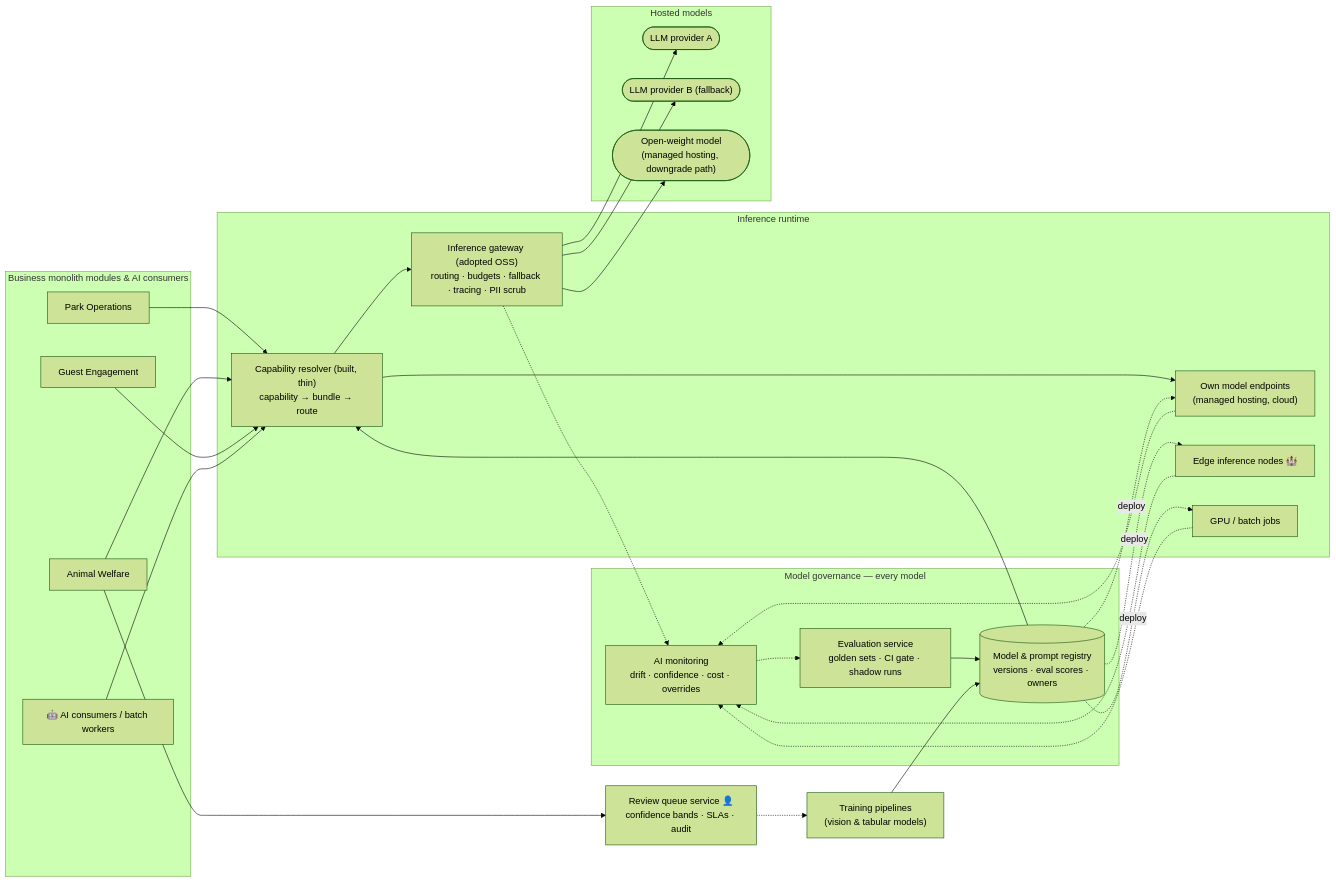
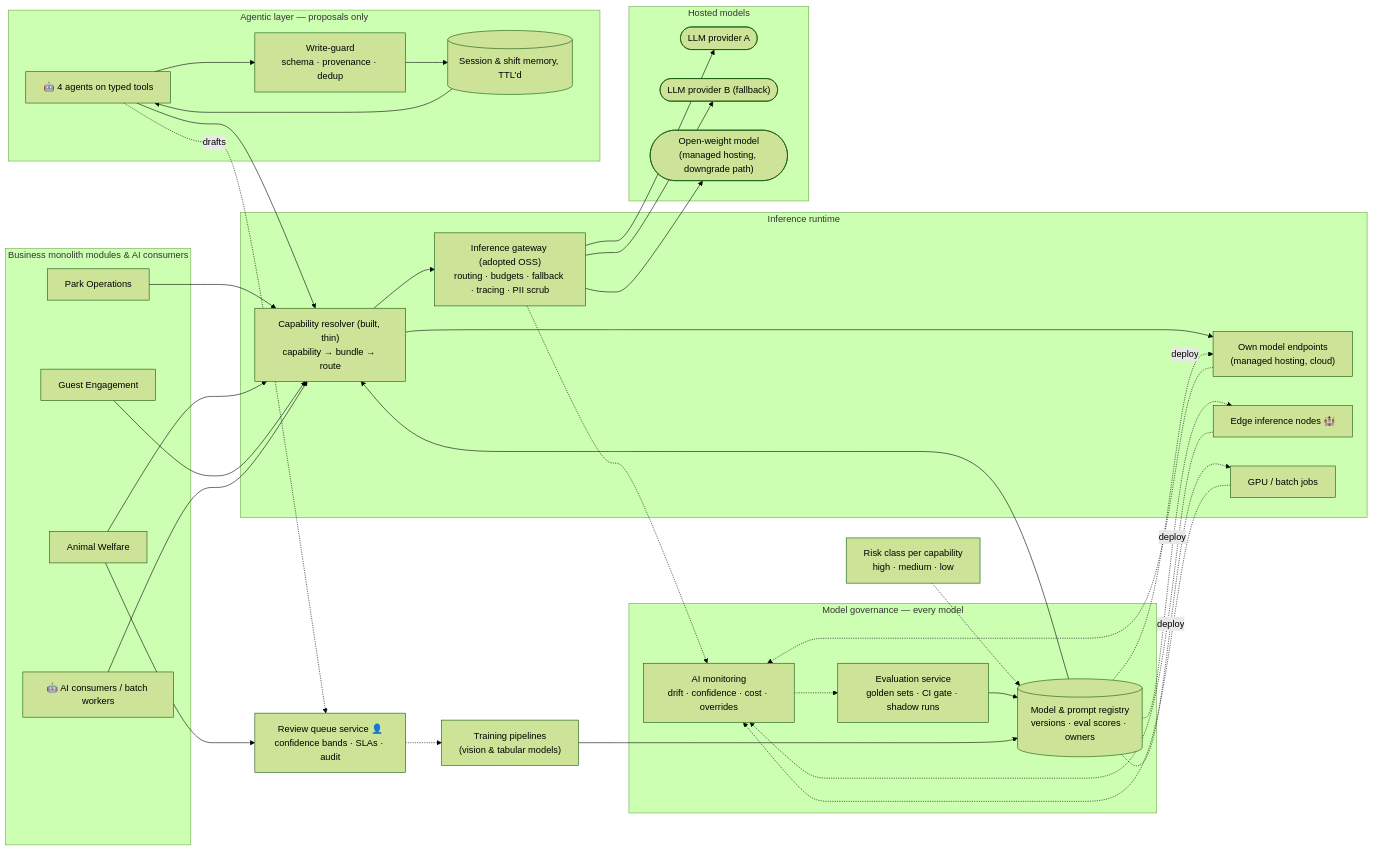
Before and after one commit to kr0k/katas: the diagram in hld/ai-platform/README.md, drawn with Mermaid (forest theme). The commit also changed other lines of this file and 41 other files, not shown here.

````diff
--- a/hld/ai-platform/README.md
+++ b/hld/ai-platform/README.md
@@ -9,51 +14,63 @@
 ```mermaid
 flowchart LR
     subgraph Services["Business monolith modules & AI consumers"]
         Ops["Park Operations"]
         Welfare["Animal Welfare"]
         Guest["Guest Engagement"]
         Cons["🤖 AI consumers / batch workers"]
     end
 
     subgraph Gov["Model governance — every model"]
         Reg[("Model & prompt registry<br/>versions · eval scores · owners")]
         Eval["Evaluation service<br/>golden sets · CI gate · shadow runs"]
         Mon["AI monitoring<br/>drift · confidence · cost · overrides"]
     end
 
     subgraph Runtime["Inference runtime"]
         Res["Capability resolver (built, thin)<br/>capability → bundle → route"]
         GW["Inference gateway (adopted OSS)<br/>routing · budgets · fallback · tracing · PII scrub"]
         Own["Own model endpoints<br/>(managed hosting, cloud)"]
         Edge["Edge inference nodes 🏰"]
         Batch["GPU / batch jobs"]
     end
 
     subgraph Providers["Hosted models"]
         P1(["LLM provider A"])
         P2(["LLM provider B (fallback)"])
         OW(["Open-weight model<br/>(managed hosting, downgrade path)"])
     end
 
+    subgraph Agentic["Agentic layer — proposals only"]
+        Ag["🤖 4 agents on typed tools"]
+        Guard["Write-guard<br/>schema · provenance · dedup"]
+        Mem[("Session & shift memory, TTL'd")]
+        Ag --> Guard --> Mem
+        Mem --> Ag
+    end
+
     HITL["Review queue service 👤<br/>confidence bands · SLAs · audit"]
     Train["Training pipelines<br/>(vision & tabular models)"]
+    Class["Risk class per capability<br/>high · medium · low"]
 
     Ops & Welfare & Guest --> Res
     Cons --> Res
+    Ag --> Res
+    Ag -. "drafts" .-> HITL
+    Class -.-> Reg
     Res --> GW
     GW --> P1 & P2 & OW
     Res --> Own
     Reg --> Res
     Reg -. "deploy" .-> Edge
     Reg -. "deploy" .-> Own
     Reg -. "deploy" .-> Batch
     GW -.-> Mon
     Own -.-> Mon
     Edge -.-> Mon
     Batch -.-> Mon
     Eval --> Reg
     Train --> Reg
     Mon -.-> Eval
     Welfare --> HITL
     HITL -.-> Train
 ```
````
